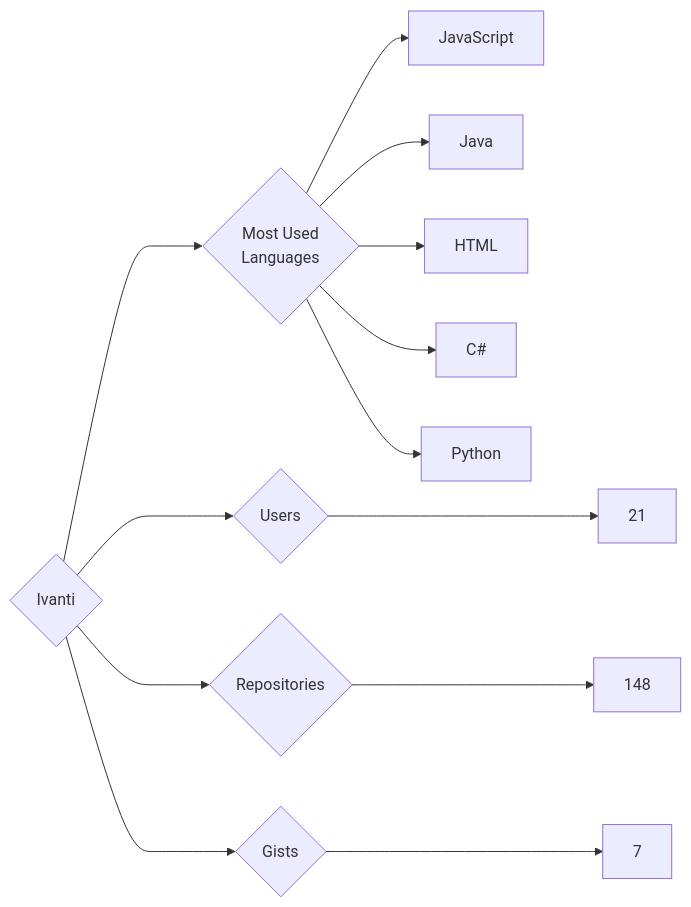
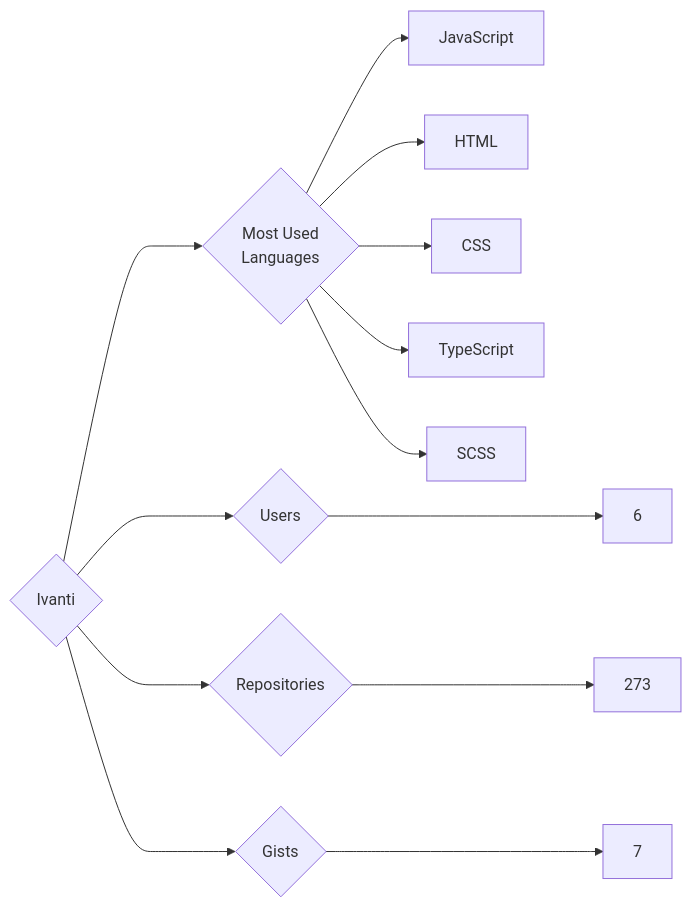
The diagram in targets/Ivanti/README.md (trickest/insiders), drawn with Mermaid before and after one commit. The commit also changed 894 other files, not shown here.

````diff
--- a/targets/Ivanti/README.md
+++ b/targets/Ivanti/README.md
@@ -3,13 +3,13 @@
 ```mermaid
 graph LR
 COMPANY_NAME{Ivanti}
-COMPANY_NAME ---> U{Users} ---> UN[21]
-COMPANY_NAME ---> R{Repositories} ---> RN[148]
+COMPANY_NAME ---> U{Users} ---> UN[6]
+COMPANY_NAME ---> R{Repositories} ---> RN[273]
 COMPANY_NAME ---> G{Gists} ---> GN[7]
 COMPANY_NAME ---> ML{Most Used<br>Languages}
 ML --> JavaScript[JavaScript]
-ML --> Java[Java]
 ML --> HTML[HTML]
-ML --> C#[C#]
-ML --> Python[Python]
+ML --> CSS[CSS]
+ML --> TypeScript[TypeScript]
+ML --> SCSS[SCSS]
 ```
````
